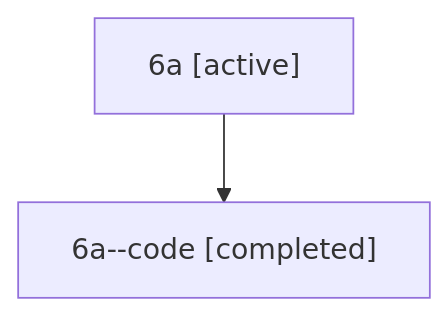
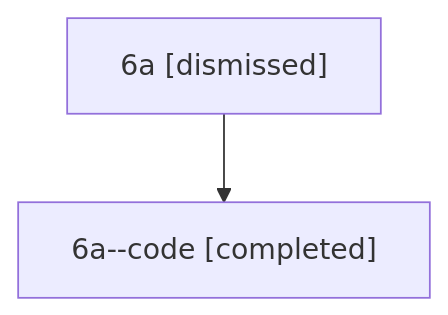
The diagram in sessions/bbugyi200.athena.6a.md (sase-org/sase--agents), drawn with Mermaid before and after one commit. The commit also changed other lines of this file and 24 other files, not shown here.

````diff
--- a/sessions/bbugyi200.athena.6a.md
+++ b/sessions/bbugyi200.athena.6a.md
@@ -9,6 +9,6 @@
 ```mermaid
 flowchart TD
-  n0["6a [active]"]
+  n0["6a [dismissed]"]
   n1["6a--code [completed]"]
   n0 --> n1
 ```
````
